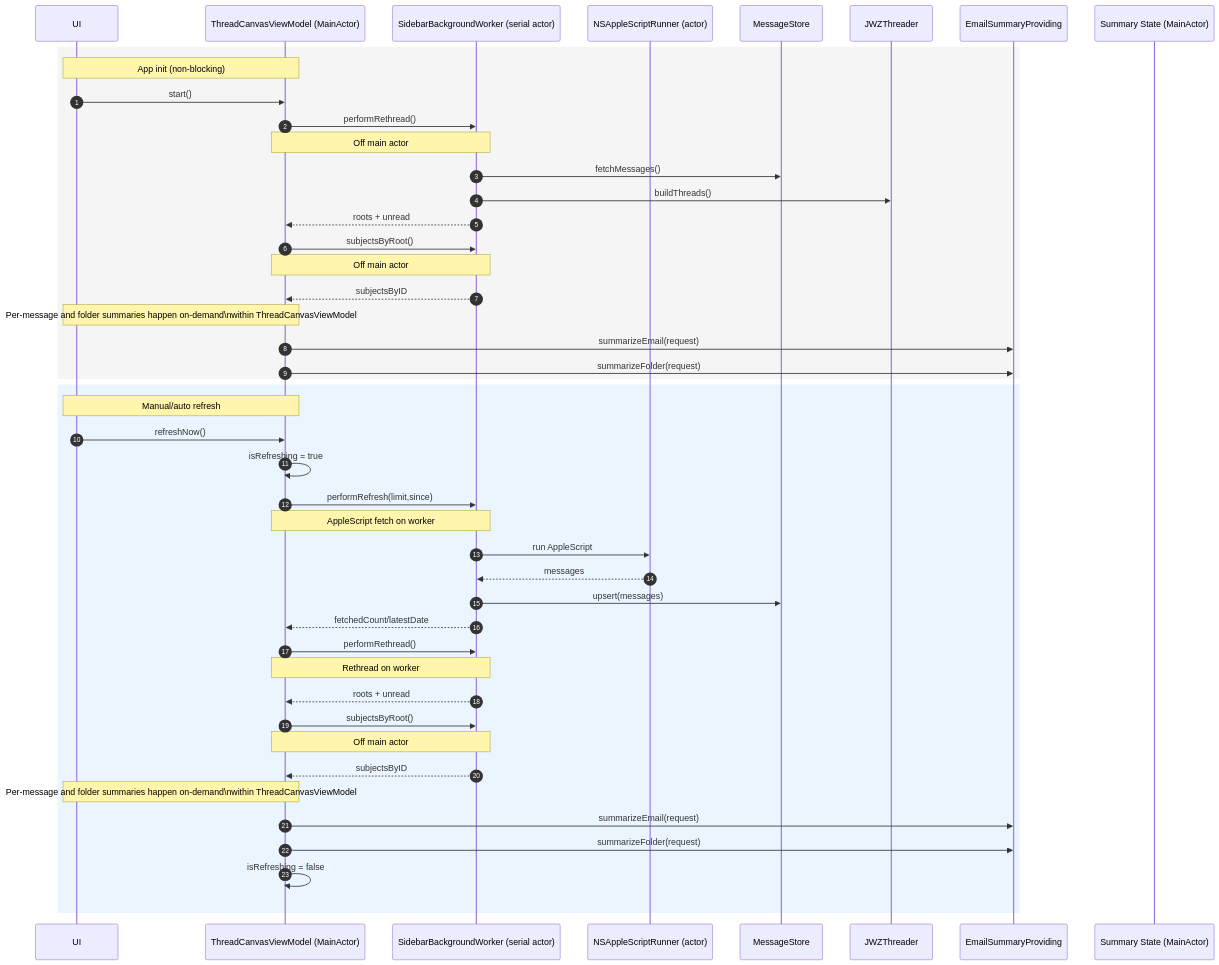
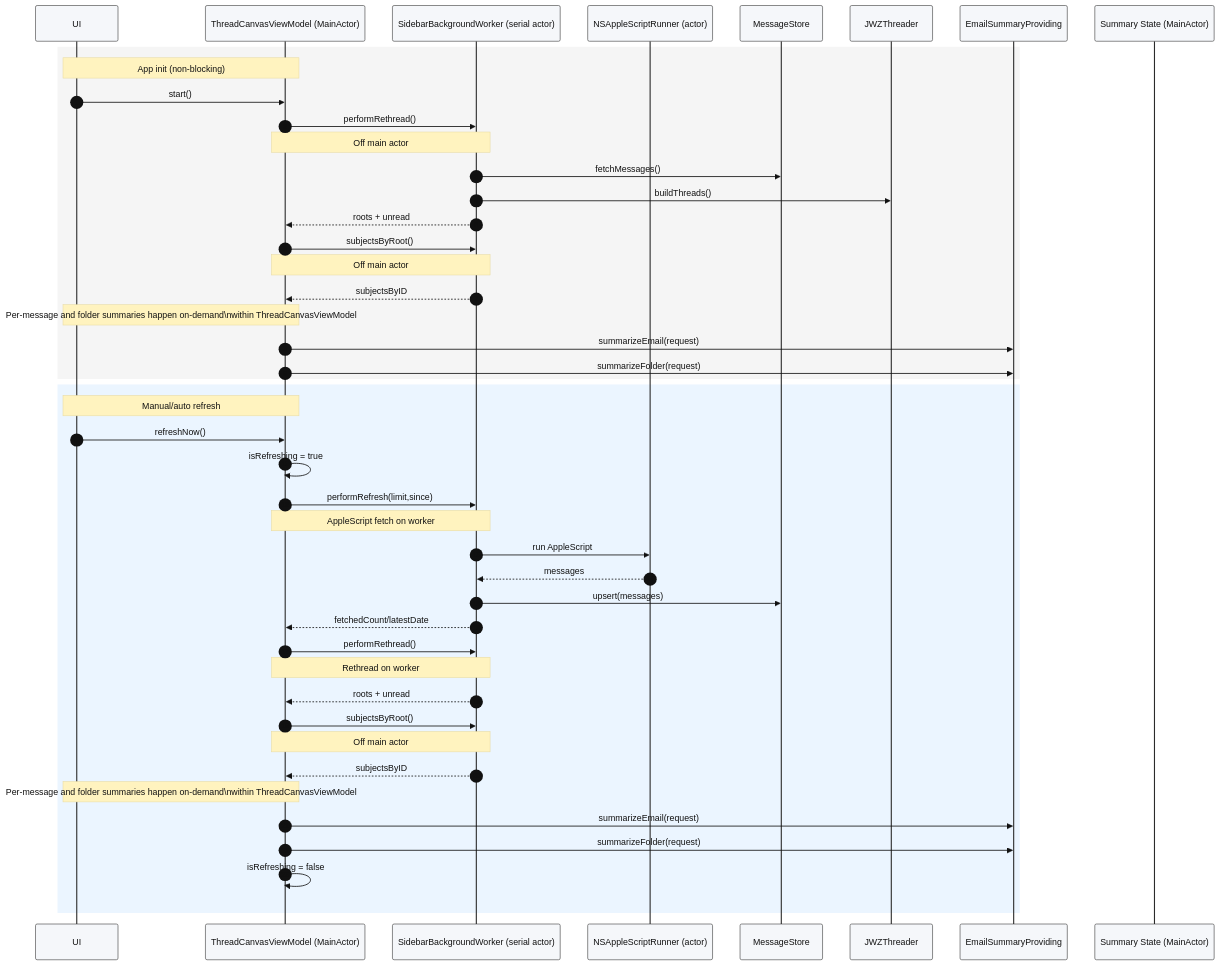
The diagram in README.md (IsaacIndex/BetterMail), drawn with Mermaid before and after one commit.

Commit message:
docs: add Mermaid configuration for sequence diagram styling in README

````diff
--- a/README.md
+++ b/README.md
@@ -80,50 +80,68 @@
 ```mermaid
+%%{init: {'theme': 'base', 'themeVariables': {
+  'background': '#ffffff',
+  'primaryColor': '#e8eef7',
+  'secondaryColor': '#dce9d7',
+  'tertiaryColor': '#f1f3f5',
+  'primaryTextColor': '#111111',
+  'secondaryTextColor': '#111111',
+  'tertiaryTextColor': '#111111',
+  'lineColor': '#2b2b2b',
+  'noteBkgColor': '#fff3bf',
+  'noteTextColor': '#111111',
+  'actorBkg': '#f5f7fa',
+  'actorBorder': '#2b2b2b',
+  'actorTextColor': '#111111',
+  'activationBkgColor': '#e6f0ff',
+  'activationBorderColor': '#2b2b2b',
+  'sequenceNumberColor': '#111111'
+}}}%%
 sequenceDiagram
     autonumber
     participant UI as UI
     participant VM as ThreadCanvasViewModel (MainActor)
     participant Worker as SidebarBackgroundWorker (serial actor)
     participant Script as NSAppleScriptRunner (actor)
     participant Store as MessageStore
     participant Threader as JWZThreader
     participant Summary as EmailSummaryProviding
     participant SummState as Summary State (MainActor)
 
     rect rgb(245,245,245)
         note over UI,VM: App init (non-blocking)
         UI->>VM: start()
         VM->>Worker: performRethread()
         note over Worker,VM: Off main actor
         Worker->>Store: fetchMessages()
         Worker->>Threader: buildThreads()
         Worker-->>VM: roots + unread
         VM->>Worker: subjectsByRoot()
         note over Worker,VM: Off main actor
         Worker-->>VM: subjectsByID
         note over UI,VM: Per-message and folder summaries happen on-demand\nwithin ThreadCanvasViewModel
         VM->>Summary: summarizeEmail(request)
         VM->>Summary: summarizeFolder(request)
     end
 
     rect rgb(235,245,255)
         note over UI,VM: Manual/auto refresh
         UI->>VM: refreshNow()
         VM->>VM: isRefreshing = true
         VM->>Worker: performRefresh(limit,since)
         note over Worker,VM: AppleScript fetch on worker
         Worker->>Script: run AppleScript
         Script-->>Worker: messages
         Worker->>Store: upsert(messages)
         Worker-->>VM: fetchedCount/latestDate
         VM->>Worker: performRethread()
         note over Worker,VM: Rethread on worker
         Worker-->>VM: roots + unread
         VM->>Worker: subjectsByRoot()
         note over Worker,VM: Off main actor
         Worker-->>VM: subjectsByID
         note over UI,VM: Per-message and folder summaries happen on-demand\nwithin ThreadCanvasViewModel
         VM->>Summary: summarizeEmail(request)
         VM->>Summary: summarizeFolder(request)
         VM->>VM: isRefreshing = false
     end
 ```
````
